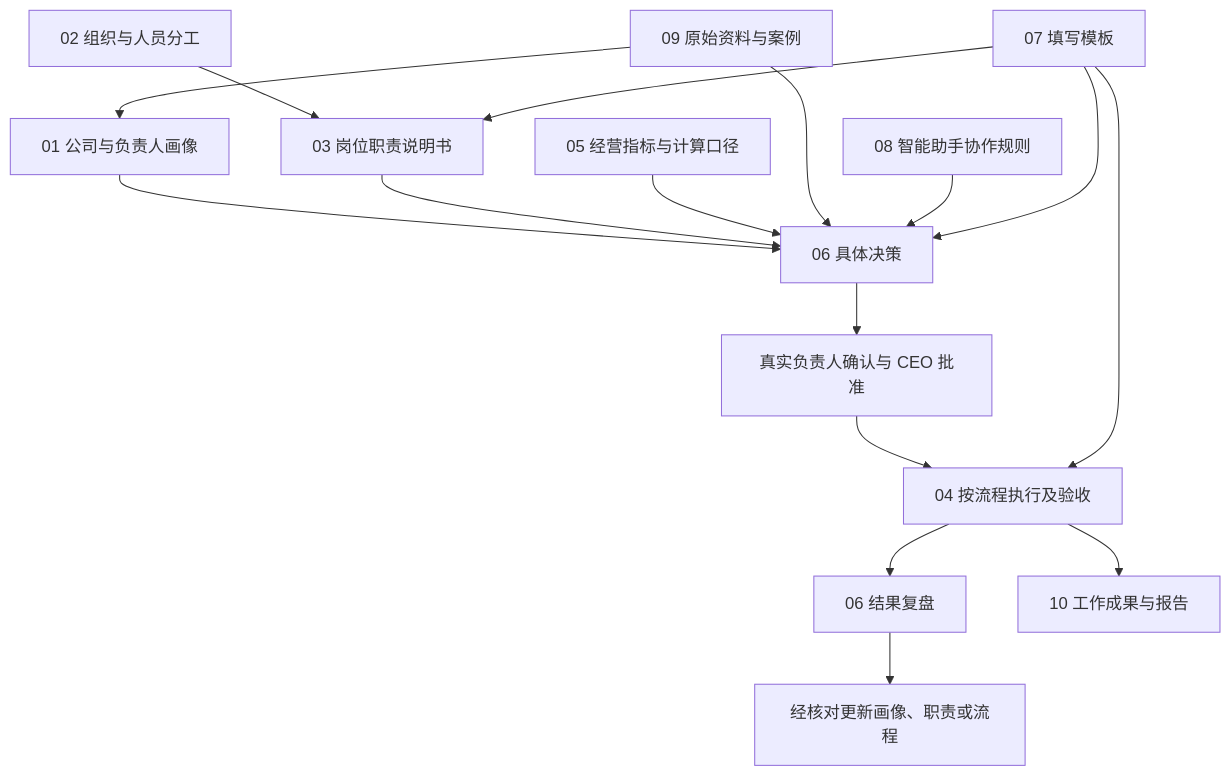
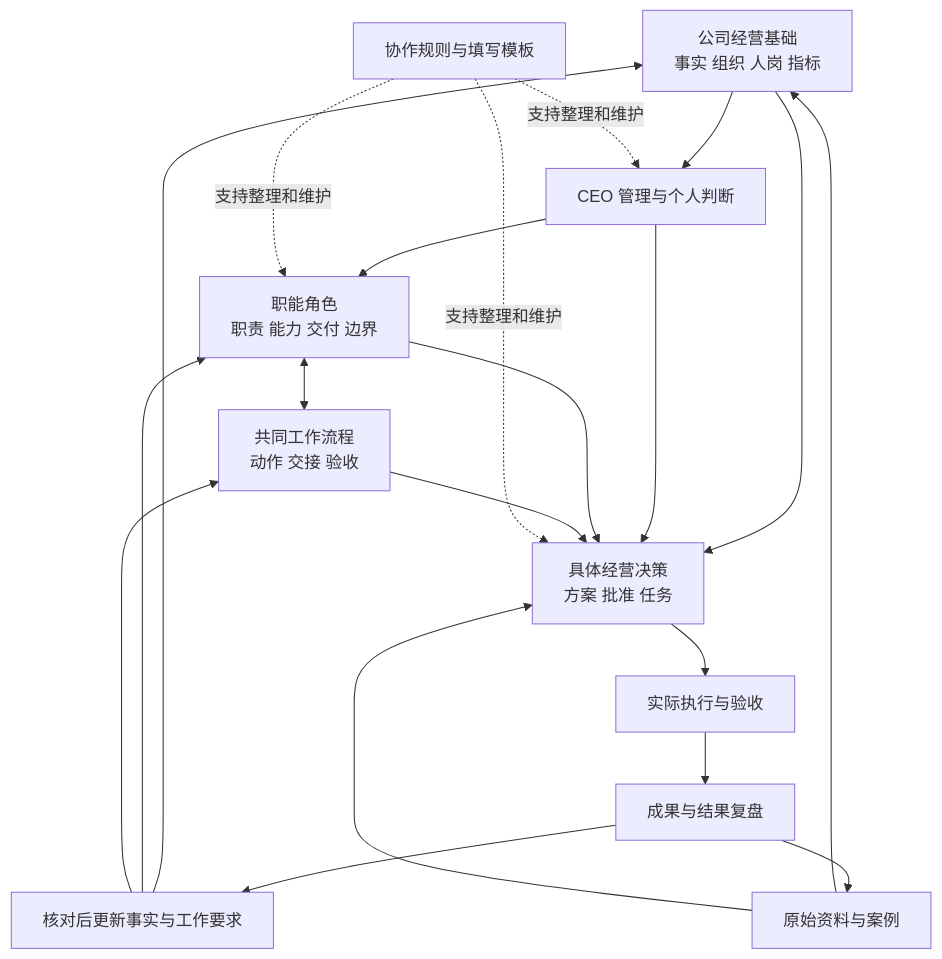
Before and after one commit to haoyang877/WZD-Amazon-Management: the diagram in README.md, drawn with Mermaid. The commit also changed other lines of this file and 78 other files, not shown here.

````diff
--- a/README.md
+++ b/README.md
@@ -122,18 +9,22 @@
 ```mermaid
 flowchart TD
-    P[01 公司与负责人画像] --> D[06 具体决策]
-    O[02 组织与人员分工] --> R[03 岗位职责说明书]
+    B[公司经营基础<br/>事实 组织 人岗 指标] --> C[CEO 管理与个人判断]
+    C --> R[职能角色<br/>职责 能力 交付 边界]
+    R <--> F[共同工作流程<br/>动作 交接 验收]
+    B --> D[具体经营决策<br/>方案 批准 任务]
+    C --> D
     R --> D
-    N[05 经营指标与计算口径] --> D
-    S[09 原始资料与案例] --> P
-    S --> D
-    A[08 智能助手协作规则] --> D
-    D --> C[真实负责人确认与 CEO 批准]
-    C --> F[04 按流程执行及验收]
-    F --> V[06 结果复盘]
-    F --> W[10 工作成果与报告]
-    T[07 填写模板] --> R
-    T --> F
-    T --> D
-    V --> U[经核对更新画像、职责或流程]
+    F --> D
+    D --> X[实际执行与验收]
+    X --> O[成果与结果复盘]
+    O --> U[核对后更新事实与工作要求]
+    U --> B
+    U --> R
+    U --> F
+    E[原始资料与案例] --> B
+    E --> D
+    O --> E
+    T[协作规则与填写模板] -.支持整理和维护.-> C
+    T -.支持整理和维护.-> R
+    T -.支持整理和维护.-> D
 ```
````
